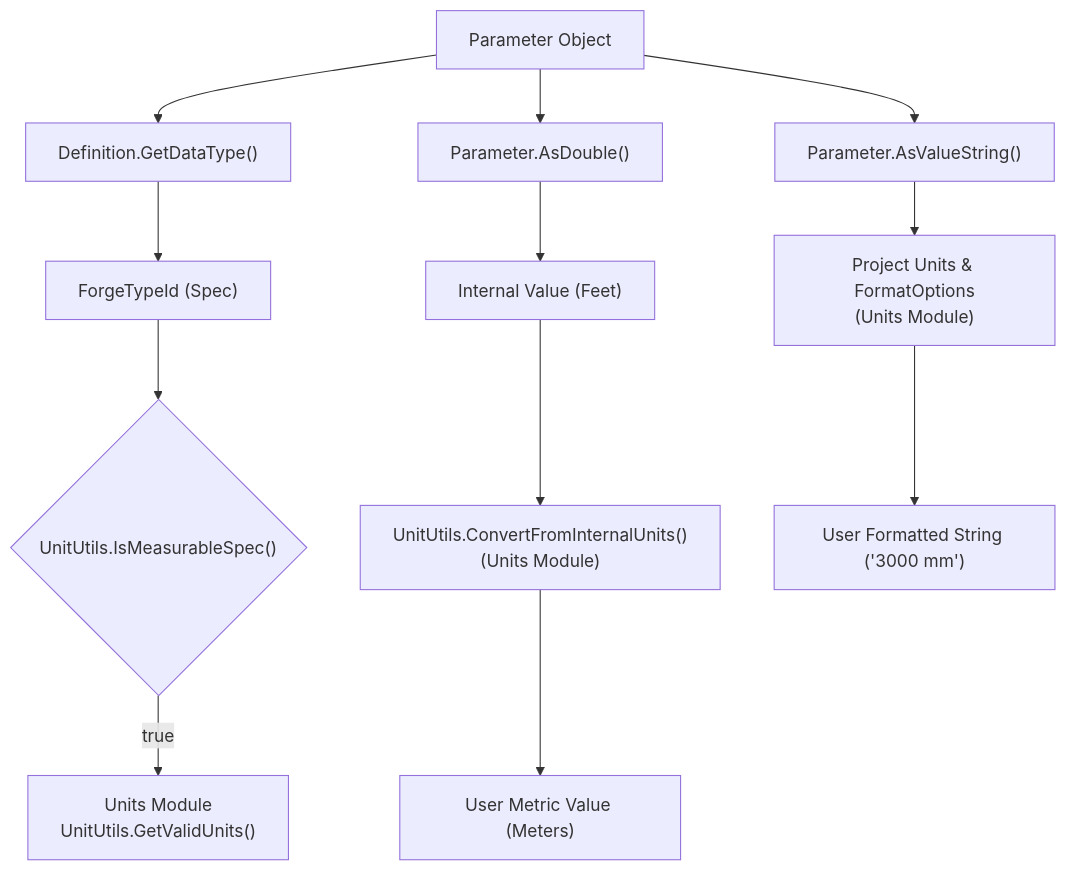
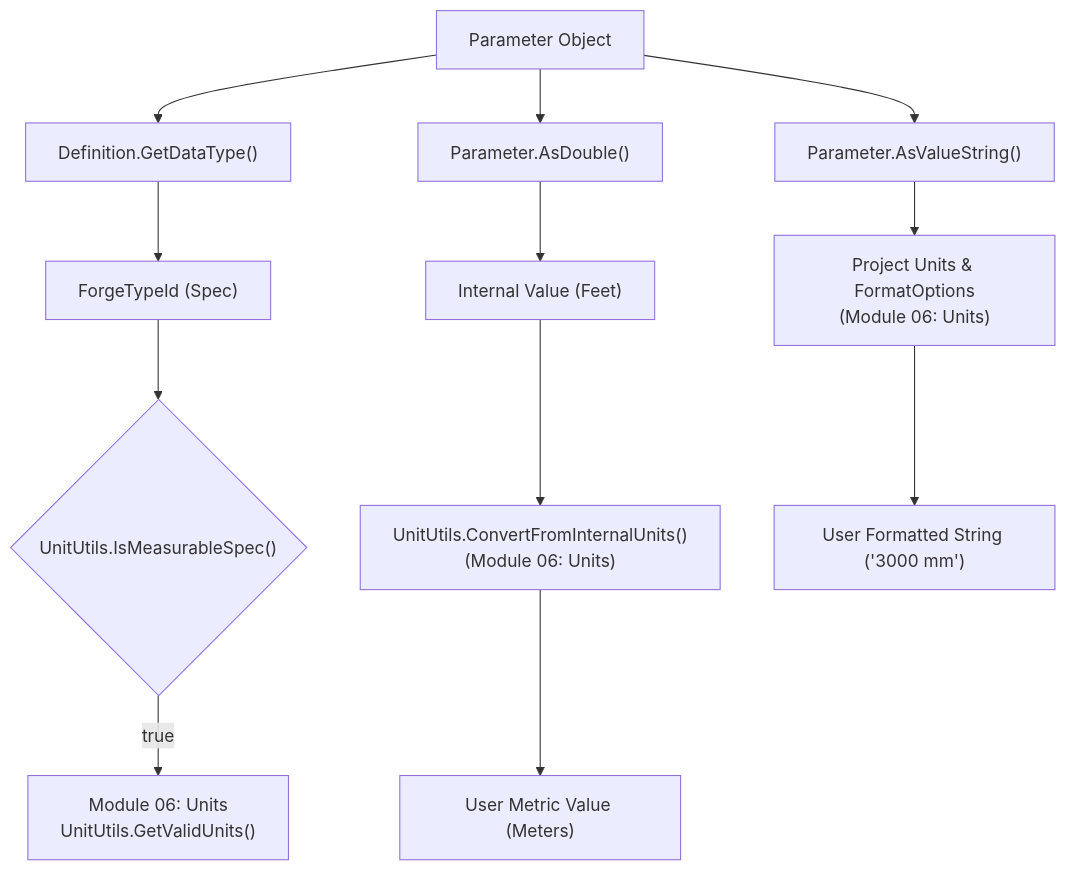
One commit to Mustafa-TOMMY/CommandSamplesRevitApiVer2025 changed diagram 21 of 22 in RevitApiSamples/Samples/Parameters/ParameterModule.md. Above: the diagram before and after it, drawn with Mermaid. The commit also changed other lines of this file and 7 other files, not shown here.

Commit message:
docs: standardize module numbering 01-09 and fix mermaid diagram syntax across all modules

````diff
--- a/RevitApiSamples/Samples/Parameters/ParameterModule.md
+++ b/RevitApiSamples/Samples/Parameters/ParameterModule.md
@@ -880,16 +880,16 @@
 ```mermaid
 flowchart TD
     Param["Parameter Object"] --> Def["Definition.GetDataType()"]
     Def --> ForgeTypeId["ForgeTypeId (Spec)"]
     ForgeTypeId --> CheckMeasurable{"UnitUtils.IsMeasurableSpec()"}
-    CheckMeasurable -- "true" --> UnitsMod["Units Module\nUnitUtils.GetValidUnits()"]
+    CheckMeasurable -- "true" --> UnitsMod["Module 06: Units<br/>UnitUtils.GetValidUnits()"]
     
     Param --> AsDbl["Parameter.AsDouble()"]
     AsDbl --> InternalFeet["Internal Value (Feet)"]
-    InternalFeet --> Convert["UnitUtils.ConvertFromInternalUnits()\n(Units Module)"]
+    InternalFeet --> Convert["UnitUtils.ConvertFromInternalUnits()<br/>(Module 06: Units)"]
     Convert --> Metric["User Metric Value (Meters)"]
     
     Param --> AsValStr["Parameter.AsValueString()"]
-    AsValStr --> Format["Project Units & FormatOptions\n(Units Module)"]
+    AsValStr --> Format["Project Units & FormatOptions<br/>(Module 06: Units)"]
     Format --> UIStr["User Formatted String ('3000 mm')"]
 ```
````
